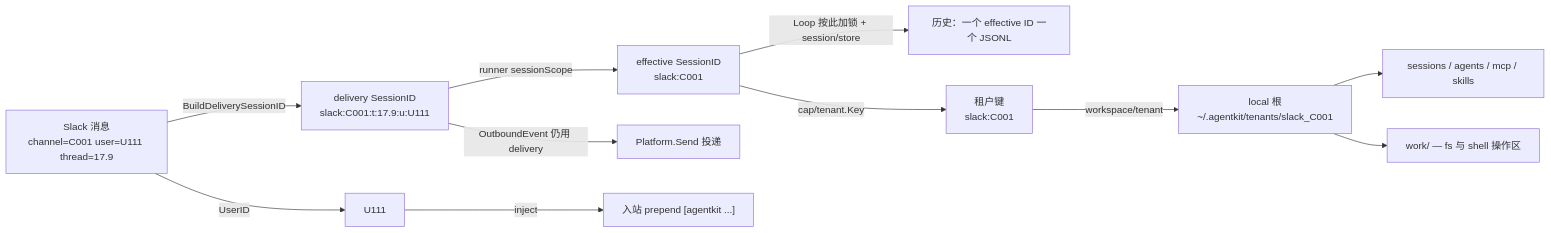
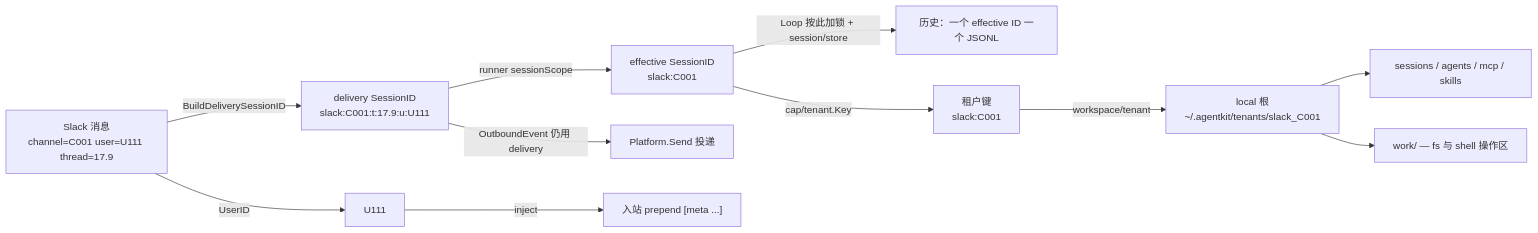
The diagram in docs/guides/multi-tenant.zh.md (lengzhao/agentkit), drawn with Mermaid before and after one commit. The commit also changed other lines of this file and 26 other files, not shown here.

First line of the commit message:
feat(runner): L0 默认 inject 并将入站前缀改为 [meta ...]

````diff
--- a/docs/guides/multi-tenant.zh.md
+++ b/docs/guides/multi-tenant.zh.md
@@ -13,14 +13,14 @@
 ```mermaid
 flowchart LR
   Msg["Slack 消息<br/>channel=C001 user=U111 thread=17.9"]
   Msg -->|BuildDeliverySessionID| D["delivery SessionID<br/>slack:C001:t:17.9:u:U111"]
   D -->|runner sessionScope| E["effective SessionID<br/>slack:C001"]
   Msg -->|UserID| UID["U111"]
   E -->|"Loop 按此加锁 + session/store"| Hist["历史：一个 effective ID 一个 JSONL"]
-  UID -->|inject| Attr["入站 prepend [agentkit ...]"]
+  UID -->|inject| Attr["入站 prepend [meta ...]"]
   E -->|"cap/tenant.Key"| TK["租户键<br/>slack:C001"]
   TK -->|workspace/tenant| Root["local 根<br/>~/.agentkit/tenants/slack_C001"]
   Root --> Runtime["sessions / agents / mcp / skills"]
   Root --> Work["work/ — fs 与 shell 操作区"]
   D -->|"OutboundEvent 仍用 delivery"| Reply["Platform.Send 投递"]
 ```
````
